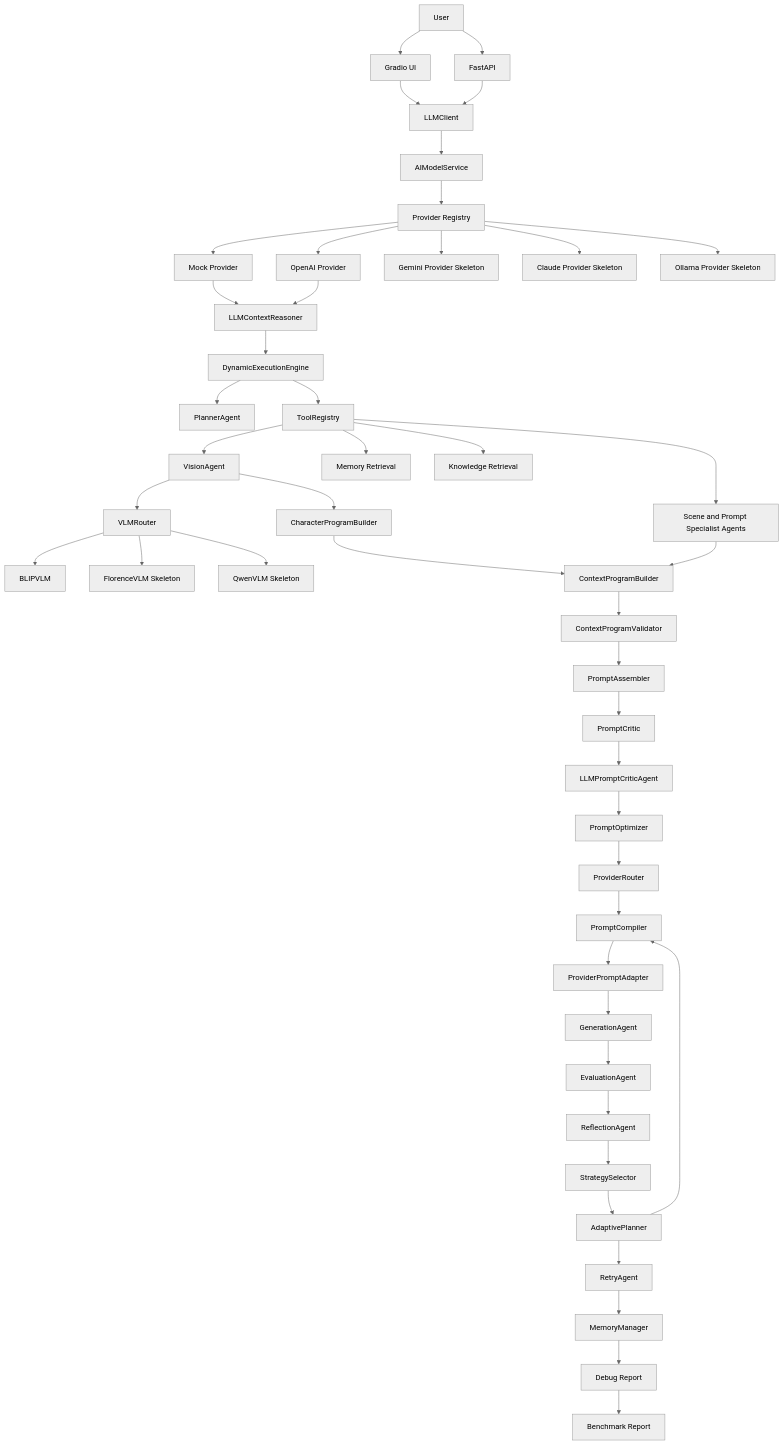
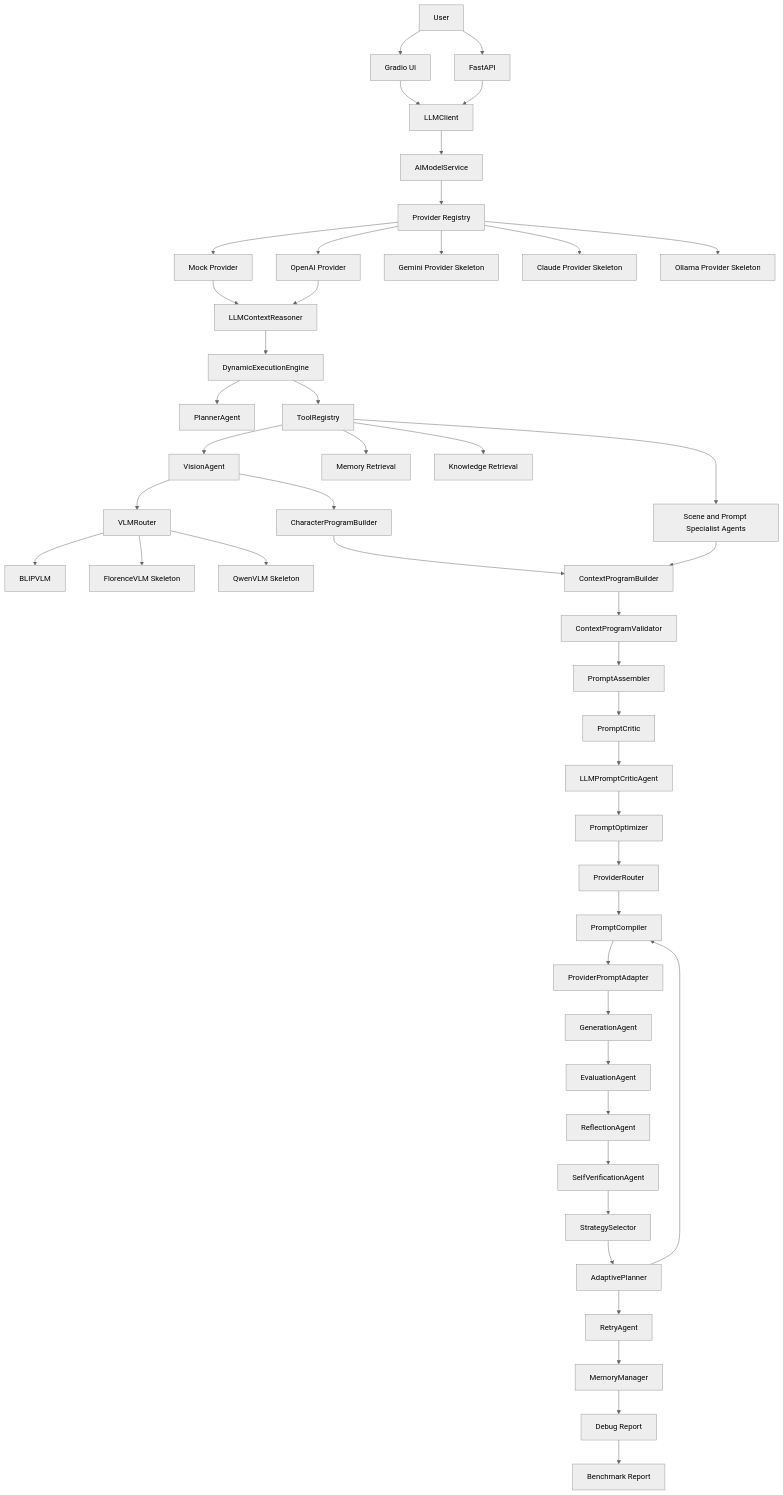
The diagram in docs/architecture.md (wooyybb/multimodal-ai-agent-playground), drawn with Mermaid (neutral theme) before and after one commit. The commit also changed other lines of this file and 14 other files, not shown here.

Commit message:
feat(reasoning): add self verification before replanning

````diff
--- a/docs/architecture.md
+++ b/docs/architecture.md
@@ -69,48 +69,49 @@
 ```mermaid
 flowchart TD
     U[User] --> UI[Gradio UI]
     U --> API[FastAPI]
     UI --> LC[LLMClient]
     API --> LC
     LC --> AMS[AIModelService]
     AMS --> REG[Provider Registry]
     REG --> ML[Mock Provider]
     REG --> OAI[OpenAI Provider]
     REG --> GEM[Gemini Provider Skeleton]
     REG --> CLA[Claude Provider Skeleton]
     REG --> OLL[Ollama Provider Skeleton]
     ML --> LR[LLMContextReasoner]
     OAI --> LR
     LR --> E[DynamicExecutionEngine]
     E --> P[PlannerAgent]
     E --> R[ToolRegistry]
     R --> V[VisionAgent]
     V --> VR[VLMRouter]
     VR --> BLIP[BLIPVLM]
     VR --> FLO[FlorenceVLM Skeleton]
     VR --> QW[QwenVLM Skeleton]
     V --> CPB[CharacterProgramBuilder]
     CPB --> CP[ContextProgramBuilder]
     R --> M1[Memory Retrieval]
     R --> K[Knowledge Retrieval]
     R --> S[Scene and Prompt Specialist Agents]
     S --> CP[ContextProgramBuilder]
     CP --> CV[ContextProgramValidator]
     CV --> PA[PromptAssembler]
     PA --> PC[PromptCritic]
     PC --> LPC[LLMPromptCriticAgent]
     LPC --> PO[PromptOptimizer]
     PO --> PR[ProviderRouter]
     PR --> PCMP[PromptCompiler]
     PCMP --> PPA[ProviderPromptAdapter]
     PPA --> G[GenerationAgent]
     G --> EV[EvaluationAgent]
     EV --> RF[ReflectionAgent]
-    RF --> SS[StrategySelector]
+    RF --> SV[SelfVerificationAgent]
+    SV --> SS[StrategySelector]
     SS --> AP[AdaptivePlanner]
     AP --> PCMP
     AP --> RT[RetryAgent]
     RT --> MM[MemoryManager]
     MM --> DR[Debug Report]
     DR --> B[Benchmark Report]
 ```
````
